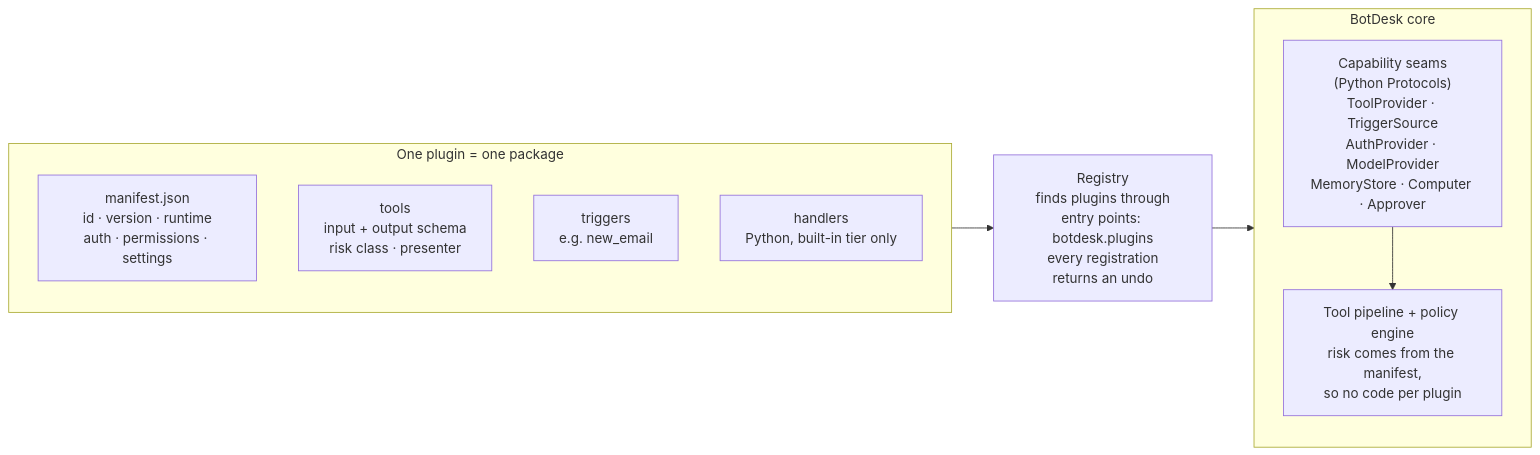
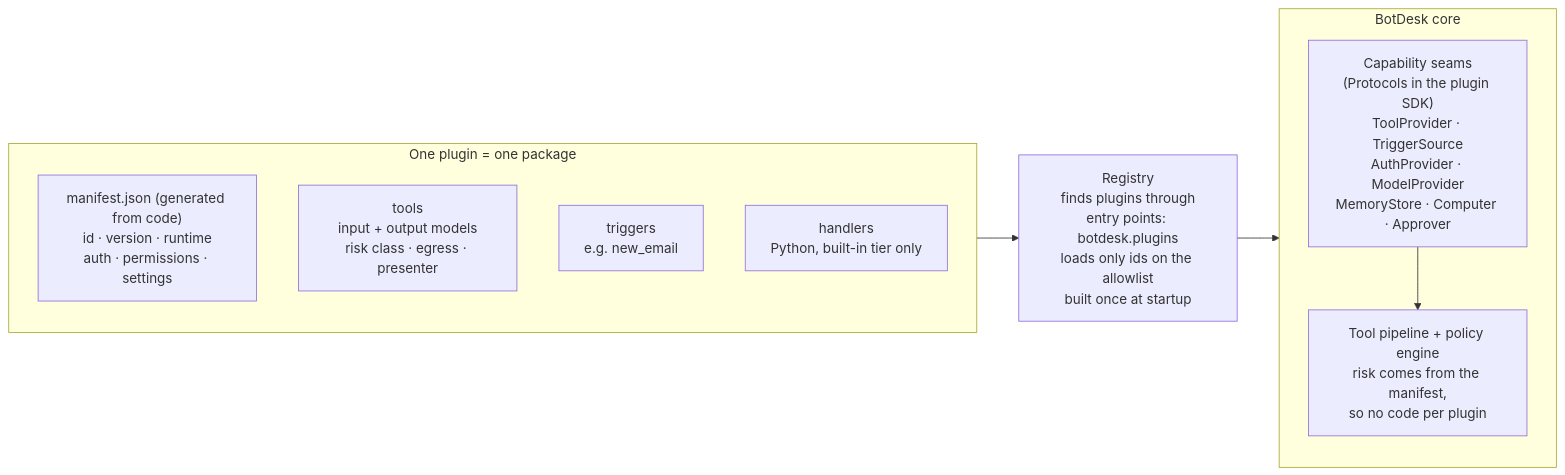
Before and after one commit to alihassan-coder/botdesk: the diagram in docs/architecture/diagrams/08-plugin-anatomy.mmd, drawn with Mermaid. The commit also changed 26 other files, not shown here.

Commit message:
docs: architecture review, scaling design and open-source repo structure

```diff
--- a/docs/architecture/diagrams/08-plugin-anatomy.mmd
+++ b/docs/architecture/diagrams/08-plugin-anatomy.mmd
@@ -1,15 +1,15 @@
 flowchart LR
   subgraph PKG["One plugin = one package"]
     direction TB
-    MAN["manifest.json<br/>id · version · runtime<br/>auth · permissions · settings"]
-    TOOLS["tools<br/>input + output schema<br/>risk class · presenter"]
+    MAN["manifest.json (generated from code)<br/>id · version · runtime<br/>auth · permissions · settings"]
+    TOOLS["tools<br/>input + output models<br/>risk class · egress · presenter"]
     TRIG["triggers<br/>e.g. new_email"]
     CODE["handlers<br/>Python, built-in tier only"]
   end
-  REG["Registry<br/>finds plugins through<br/>entry points: botdesk.plugins<br/>every registration<br/>returns an undo"]
+  REG["Registry<br/>finds plugins through<br/>entry points: botdesk.plugins<br/>loads only ids on the allowlist<br/>built once at startup"]
   subgraph CORE["BotDesk core"]
     direction TB
-    SEAMS["Capability seams<br/>(Python Protocols)<br/>ToolProvider · TriggerSource<br/>AuthProvider · ModelProvider<br/>MemoryStore · Computer · Approver"]
+    SEAMS["Capability seams<br/>(Protocols in the plugin SDK)<br/>ToolProvider · TriggerSource<br/>AuthProvider · ModelProvider<br/>MemoryStore · Computer · Approver"]
     PIPE["Tool pipeline + policy engine<br/>risk comes from the manifest,<br/>so no code per plugin"]
   end
   PKG --> REG --> SEAMS --> PIPE
```
